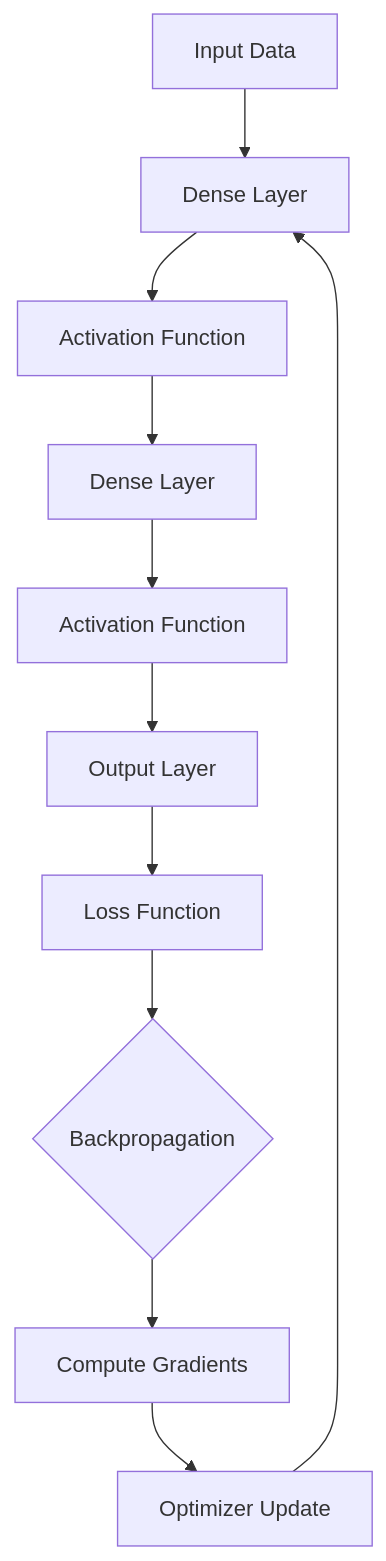
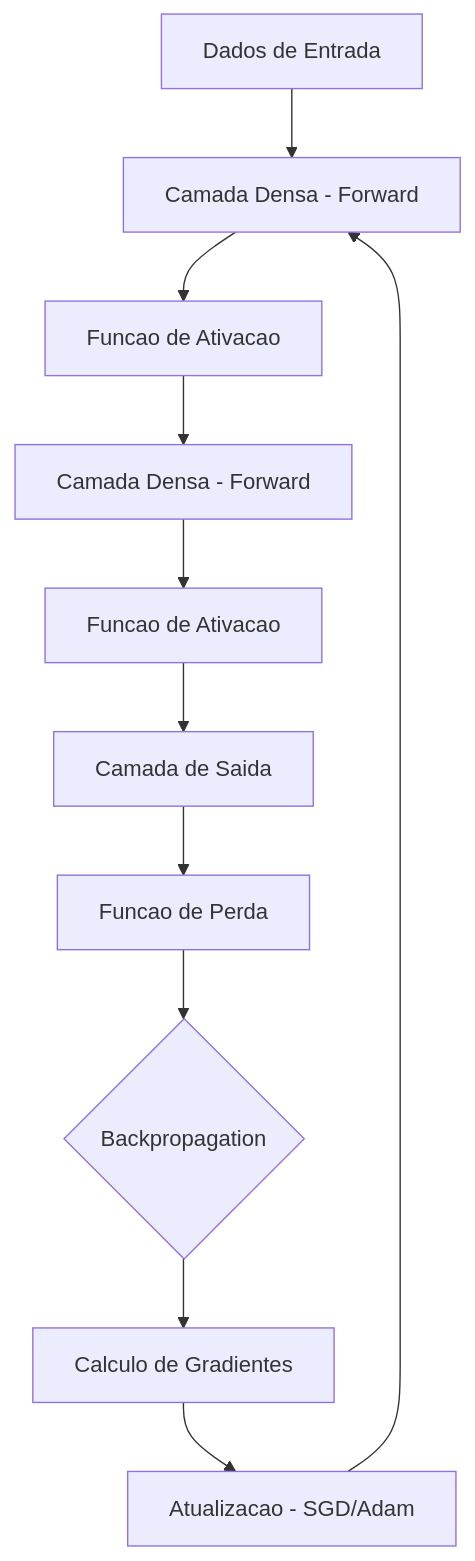
Before and after one commit to galafis/Neural-Network-Framework: the first of 4 diagrams in README.md, drawn with Mermaid. The commit also changed other lines of this file and 1 other file, not shown here.

````diff
--- a/README.md
+++ b/README.md
@@ -22,13 +39,13 @@
 ```mermaid
 graph TD
-    A[Input Data] --> B[Dense Layer]
-    B --> C[Activation Function]
-    C --> D[Dense Layer]
-    D --> E[Activation Function]
-    E --> F[Output Layer]
-    F --> G[Loss Function]
+    A[Dados de Entrada] --> B[Camada Densa - Forward]
+    B --> C[Funcao de Ativacao]
+    C --> D[Camada Densa - Forward]
+    D --> E[Funcao de Ativacao]
+    E --> F[Camada de Saida]
+    F --> G[Funcao de Perda]
     G --> H{Backpropagation}
-    H --> I[Compute Gradients]
-    I --> J[Optimizer Update]
+    H --> I[Calculo de Gradientes]
+    I --> J[Atualizacao - SGD/Adam]
     J --> B
 ```
````
